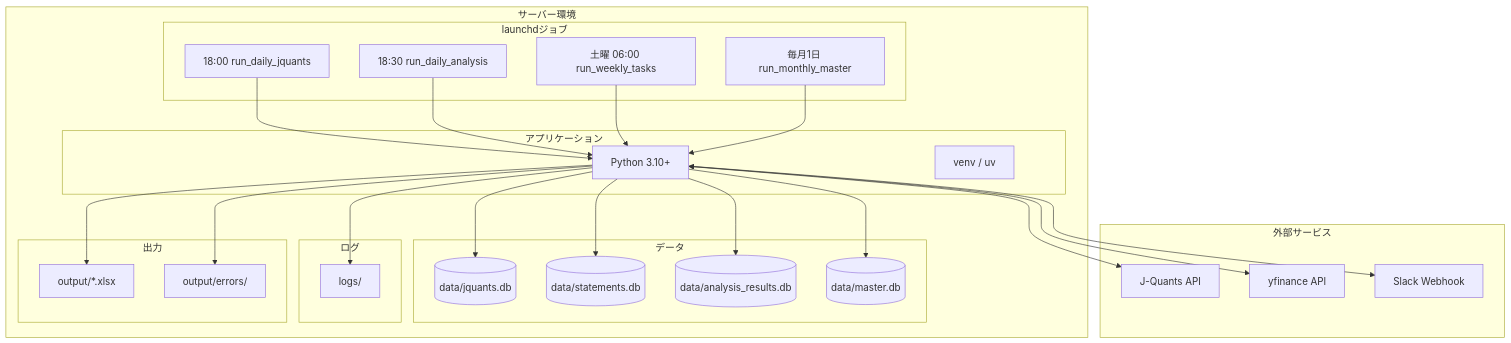
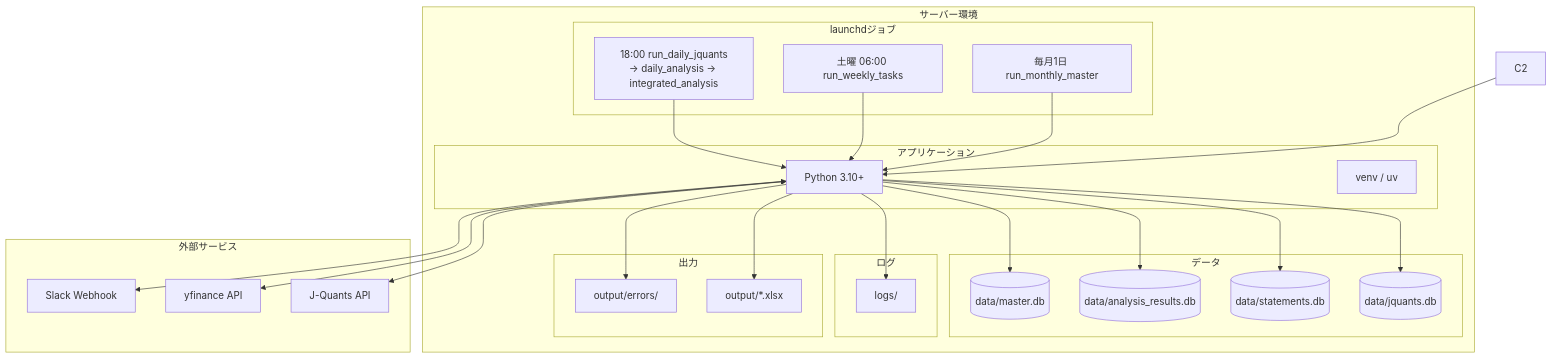
The seventh of 8 diagrams in docs/core/diagrams.md (aidotters/stock-analysis), drawn with Mermaid before and after one commit. The commit also changed other lines of this file and 11 other files, not shown here.

````diff
--- a/docs/core/diagrams.md
+++ b/docs/core/diagrams.md
@@ -416,55 +423,54 @@
 ```mermaid
 graph TB
     subgraph Server["サーバー環境"]
         subgraph Cron["launchdジョブ"]
-            C1[18:00 run_daily_jquants]
-            C2[18:30 run_daily_analysis]
+            C1[18:00 run_daily_jquants<br/>→ daily_analysis → integrated_analysis]
             C3[土曜 06:00 run_weekly_tasks]
             C4[毎月1日 run_monthly_master]
         end
 
         subgraph App["アプリケーション"]
             PY[Python 3.10+]
             VENV[venv / uv]
         end
 
         subgraph Data["データ"]
             DB1[(data/jquants.db)]
             DB2[(data/statements.db)]
             DB3[(data/analysis_results.db)]
             DB4[(data/master.db)]
         end
 
         subgraph Logs["ログ"]
             LOG[logs/]
         end
 
         subgraph Output["出力"]
             XLSX[output/*.xlsx]
             ERR[output/errors/]
         end
     end
 
     subgraph External["外部サービス"]
         JQAPI[J-Quants API]
         YFAPI[yfinance API]
         SLACK[Slack Webhook]
     end
 
     C1 --> PY
     C2 --> PY
     C3 --> PY
     C4 --> PY
 
     PY --> DB1
     PY --> DB2
     PY --> DB3
     PY --> DB4
     PY --> LOG
     PY --> XLSX
     PY --> ERR
 
     PY <--> JQAPI
     PY <--> YFAPI
     PY --> SLACK
 ```
````
